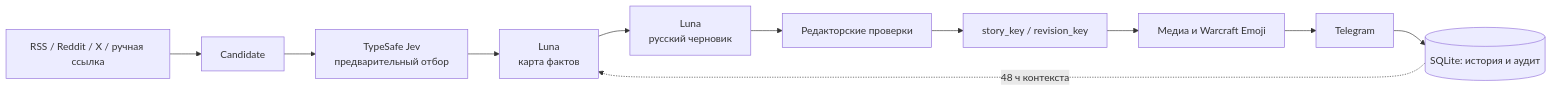
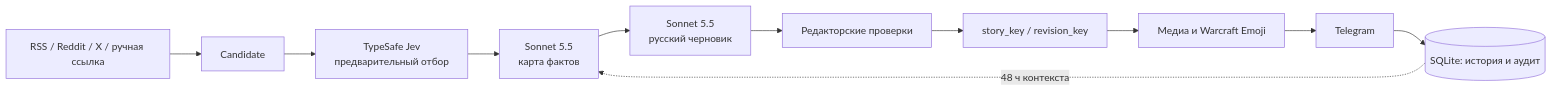
One commit to Gildra-Foundation/news changed the first of 3 diagrams in README.md. Above: the diagram before and after it, drawn with Mermaid. The commit also changed other lines of this file and 48 other files, not shown here.

````diff
--- a/README.md
+++ b/README.md
@@ -59,13 +59,13 @@
 ```mermaid
 flowchart LR
     SRC["RSS / Reddit / X / ручная ссылка"] --> C["Candidate"]
     C --> J["TypeSafe Jev<br/>предварительный отбор"]
-    J --> F["Luna<br/>карта фактов"]
-    F --> D["Luna<br/>русский черновик"]
+    J --> F["Sonnet 5.5<br/>карта фактов"]
+    F --> D["Sonnet 5.5<br/>русский черновик"]
     D --> Q["Редакторские проверки"]
     Q --> U["story_key / revision_key"]
     U --> M["Медиа и Warcraft Emoji"]
     M --> T["Telegram"]
     T --> DB[("SQLite: история и аудит")]
     DB -. "48 ч контекста" .-> F
 ```
````
